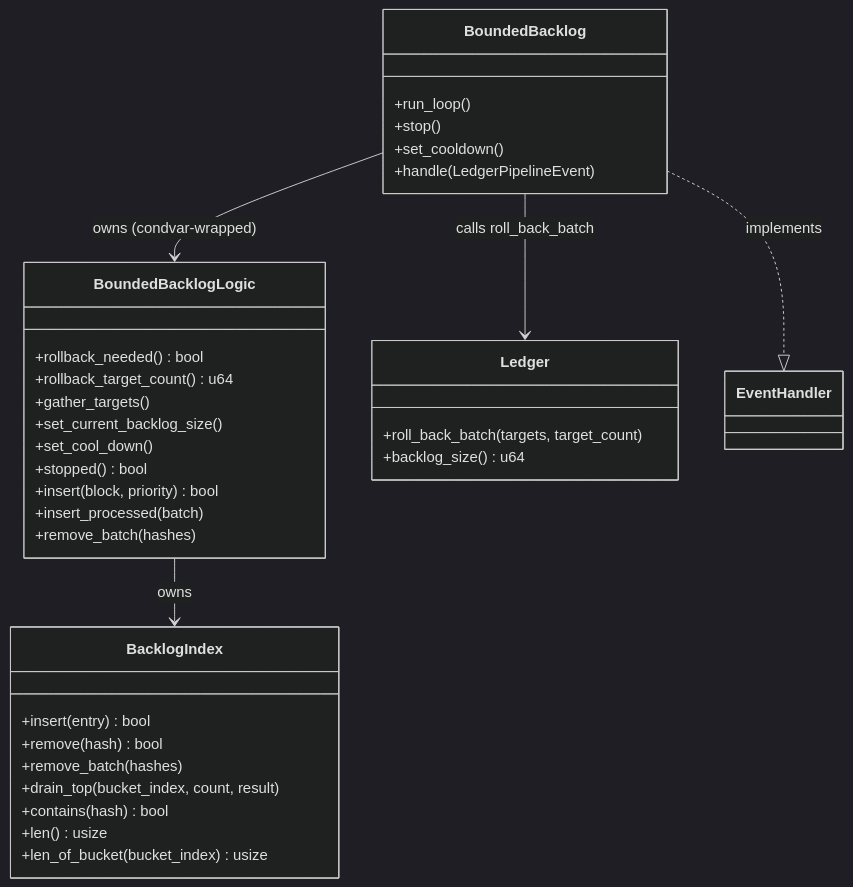
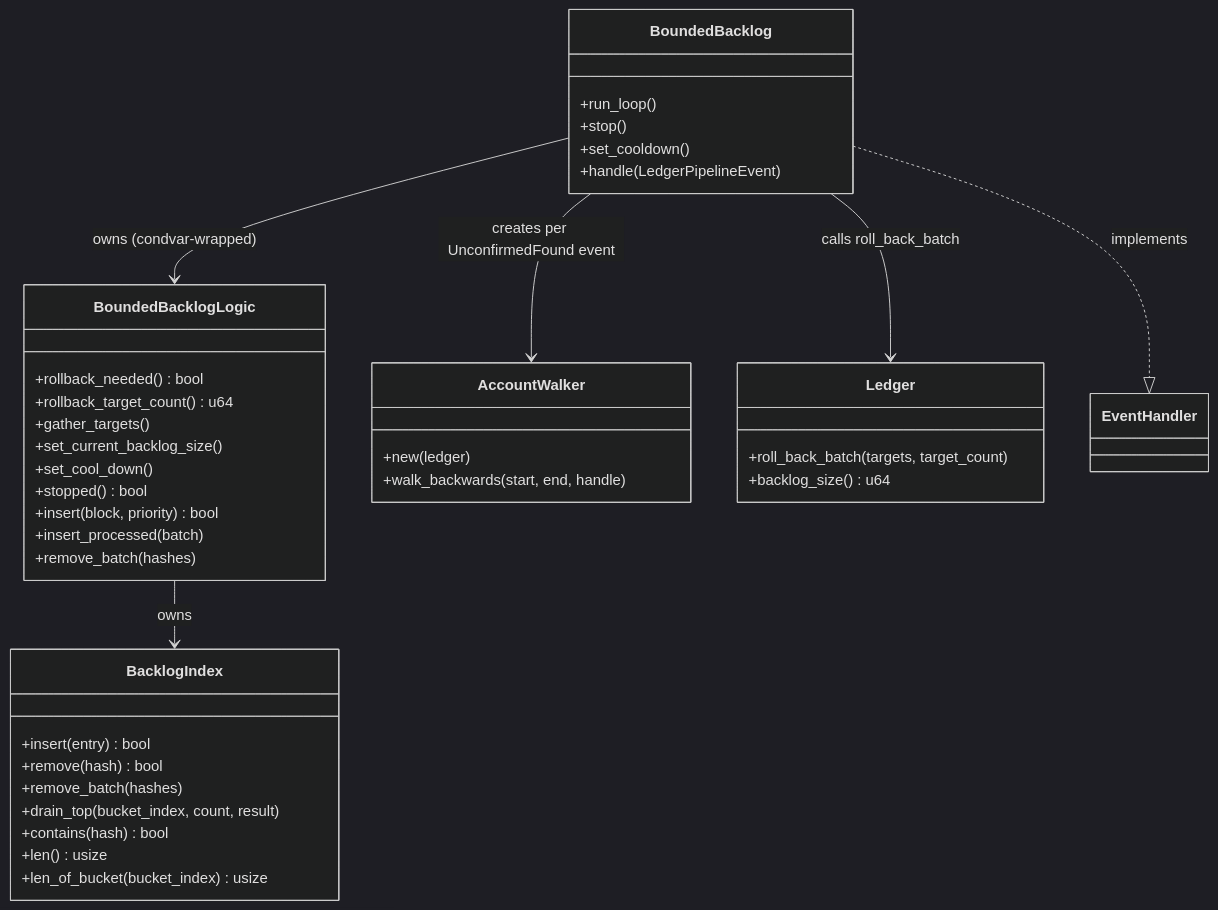
One commit to Fiono11/rsnano-node changed the diagram in node/src/block_processing/bounded_backlog/README.md. Above: the diagram before and after it, drawn with Mermaid (dark theme). The commit also changed other lines of this file, not shown here.

Commit message:
Update bounded backlog README with AccountWalker

````diff
--- a/node/src/block_processing/bounded_backlog/README.md
+++ b/node/src/block_processing/bounded_backlog/README.md
@@ -59,41 +59,47 @@
 ```mermaid
 classDiagram
     class BoundedBacklog {
         +run_loop()
         +stop()
         +set_cooldown()
         +handle(LedgerPipelineEvent)
     }
 
     class BoundedBacklogLogic {
         +rollback_needed() bool
         +rollback_target_count() u64
         +gather_targets()
         +set_current_backlog_size()
         +set_cool_down()
         +stopped() bool
         +insert(block, priority) bool
         +insert_processed(batch)
         +remove_batch(hashes)
     }
 
     class BacklogIndex {
         +insert(entry) bool
         +remove(hash) bool
         +remove_batch(hashes)
         +drain_top(bucket_index, count, result)
         +contains(hash) bool
         +len() usize
         +len_of_bucket(bucket_index) usize
     }
 
+    class AccountWalker {
+        +new(ledger)
+        +walk_backwards(start, end, handle)
+    }
+
     class Ledger {
         +roll_back_batch(targets, target_count)
         +backlog_size() u64
     }
 
     BoundedBacklog --> BoundedBacklogLogic : owns (condvar-wrapped)
+    BoundedBacklog --> AccountWalker : creates per UnconfirmedFound event
     BoundedBacklog --> Ledger : calls roll_back_batch
     BoundedBacklogLogic --> BacklogIndex : owns
     BoundedBacklog ..|> EventHandler : implements
 ```
````
